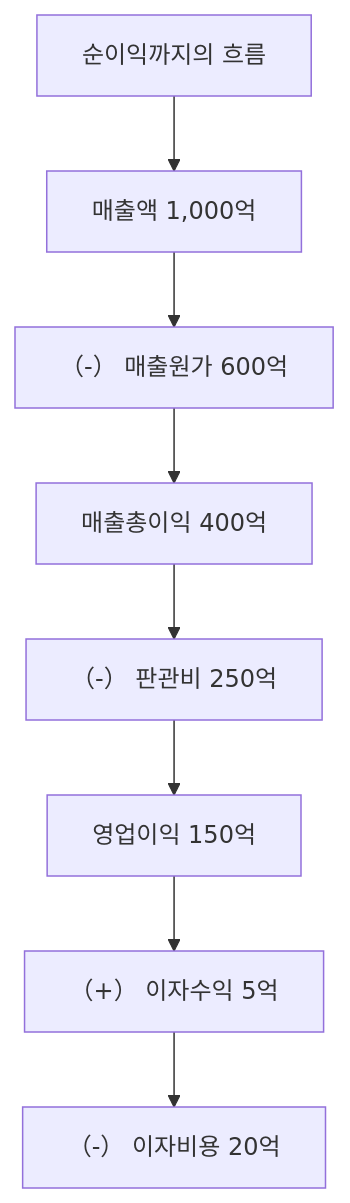
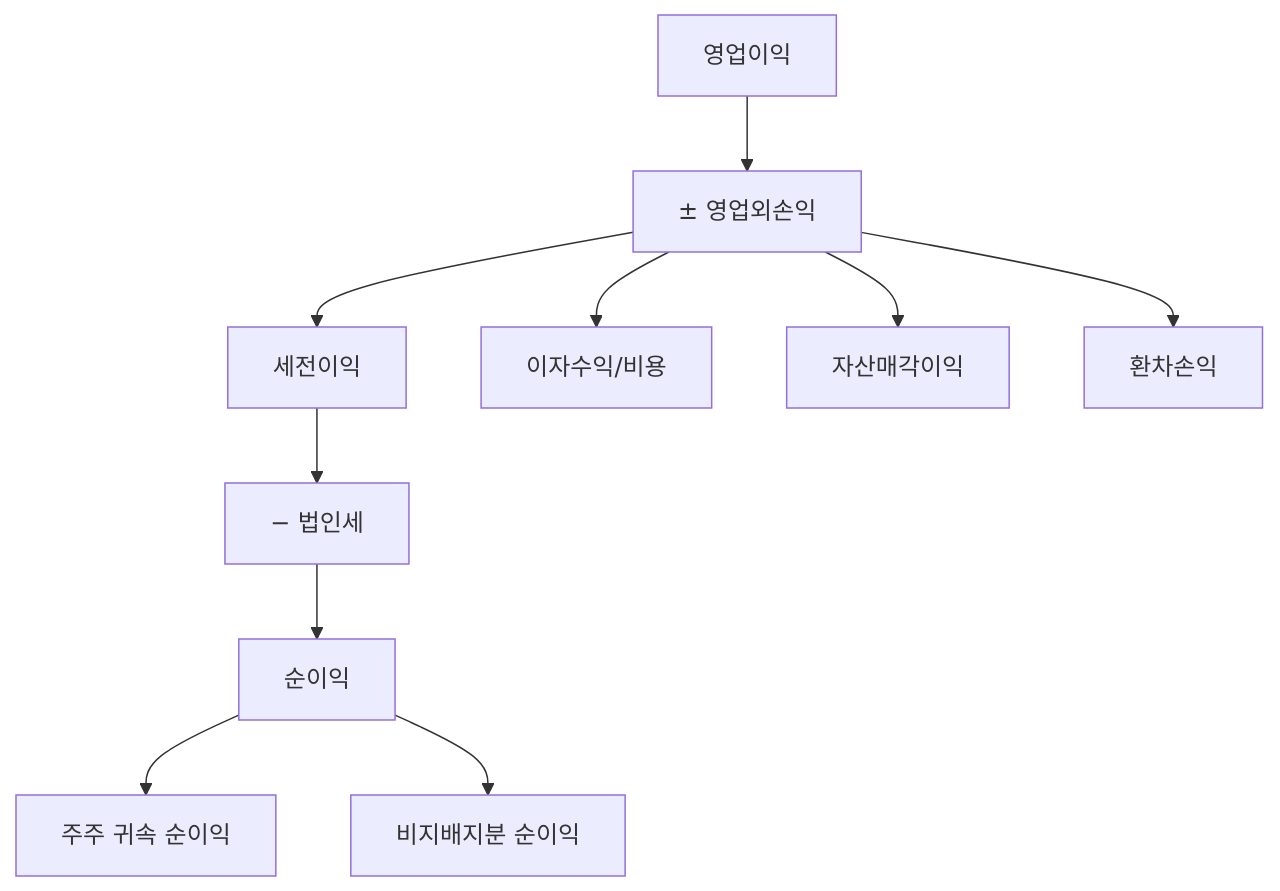
One commit to yeongseon/stock-visual-note changed the diagram in content/stock-terms/ko/level-03-financial-statements/net-income.md. Above: the diagram before and after it, drawn with Mermaid. The commit also changed other lines of this file and 96 other files, not shown here.

Commit message:
Rewrite all 98 remaining articles: branching Mermaid diagrams, natural search_intent, compelling seo_titles, clean descriptions

````diff
--- a/content/stock-terms/ko/level-03-financial-statements/net-income.md
+++ b/content/stock-terms/ko/level-03-financial-statements/net-income.md
@@ -53,18 +53,13 @@
 ```mermaid
 graph TD
-    N0["순이익까지의 흐름"]
-    N1["매출액 1,000억"]
-    N2["（-） 매출원가 600억"]
-    N3["매출총이익 400억"]
-    N4["（-） 판관비 250억"]
-    N5["영업이익 150억"]
-    N6["（+） 이자수익 5억"]
-    N7["（-） 이자비용 20억"]
-    N0 --> N1
-    N1 --> N2
-    N2 --> N3
-    N3 --> N4
-    N4 --> N5
-    N5 --> N6
-    N6 --> N7
+    A["영업이익"]
+    A --> B["± 영업외손익"]
+    B --> C["세전이익"]
+    C --> D["− 법인세"]
+    D --> E["순이익"]
+    B --> F["이자수익/비용"]
+    B --> G["자산매각이익"]
+    B --> H["환차손익"]
+    E --> I["주주 귀속 순이익"]
+    E --> J["비지배지분 순이익"]
 ```
````
